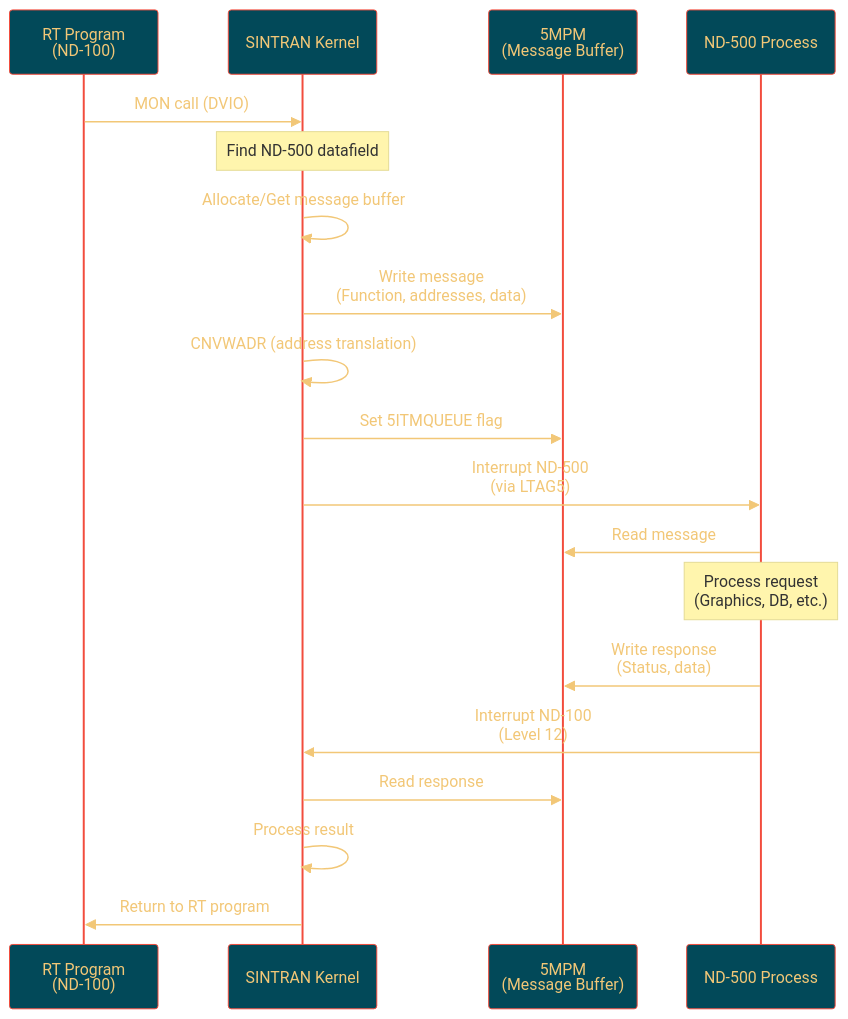
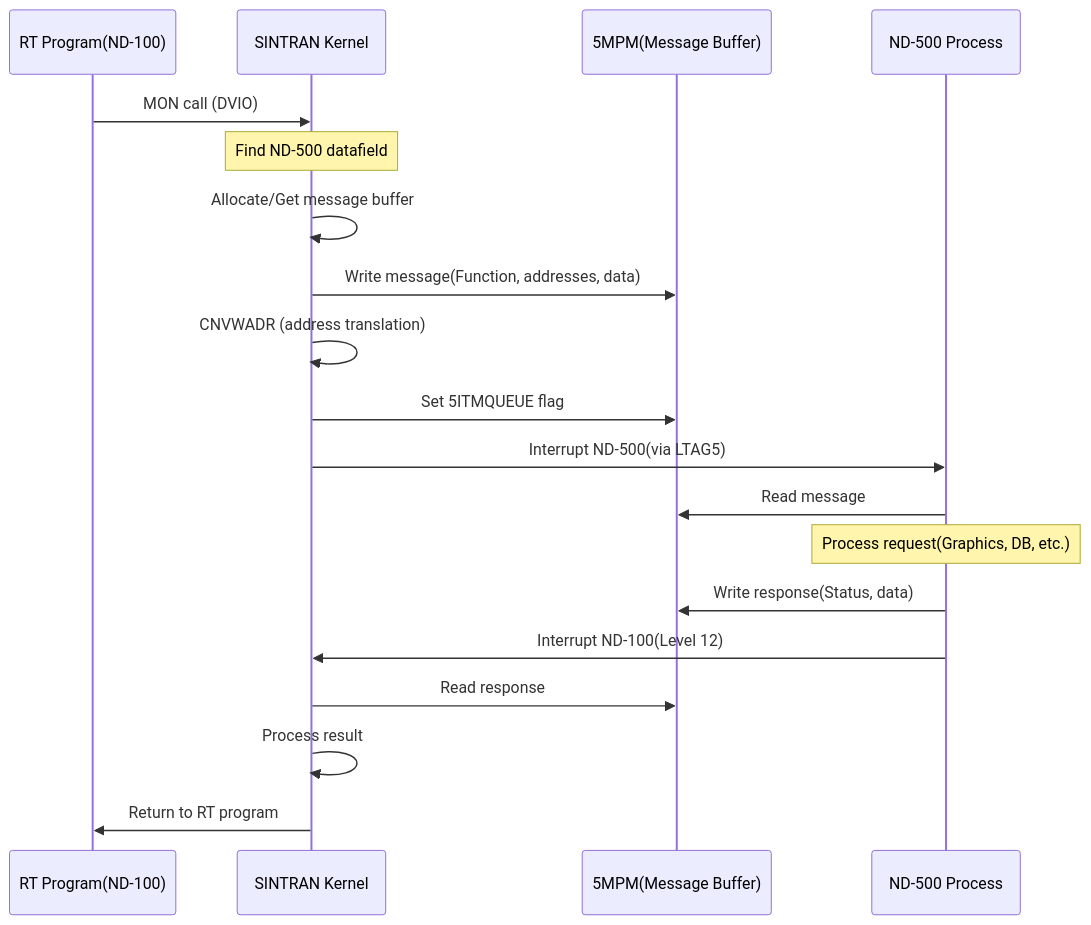
One commit to HackerCorpLabs/NDInsight changed the third of 3 diagrams in SINTRAN/OS/05-ND500-PROGRAMS-SPECIAL.md. Above: the diagram before and after it, drawn with Mermaid. The commit also changed other lines of this file and 19 other files, not shown here.

Commit message:
Updated Mermaid diagrams

````diff
--- a/SINTRAN/OS/05-ND500-PROGRAMS-SPECIAL.md
+++ b/SINTRAN/OS/05-ND500-PROGRAMS-SPECIAL.md
@@ -389,25 +387,24 @@
 ```mermaid
-%%{init: {'theme':'base', 'themeVariables': {'primaryColor':'#024959','primaryTextColor':'#F2C777','primaryBorderColor':'#F24C3D','lineColor':'#F24C3D','secondaryColor':'#A62F03','tertiaryColor':'#F2E8C6'}}}%%
 sequenceDiagram
-    participant RT as RT Program<br/>(ND-100)
+    participant RT as RT Program(ND-100)
     participant Kernel as SINTRAN Kernel
-    participant MPM as 5MPM<br/>(Message Buffer)
+    participant MPM as 5MPM(Message Buffer)
     participant Proc as ND-500 Process
     
     RT->>Kernel: MON call (DVIO)
     Note over Kernel: Find ND-500 datafield
     Kernel->>Kernel: Allocate/Get message buffer
-    Kernel->>MPM: Write message<br/>(Function, addresses, data)
+    Kernel->>MPM: Write message(Function, addresses, data)
     Kernel->>Kernel: CNVWADR (address translation)
     Kernel->>MPM: Set 5ITMQUEUE flag
-    Kernel->>Proc: Interrupt ND-500<br/>(via LTAG5)
+    Kernel->>Proc: Interrupt ND-500(via LTAG5)
     
     Proc->>MPM: Read message
-    Note over Proc: Process request<br/>(Graphics, DB, etc.)
-    Proc->>MPM: Write response<br/>(Status, data)
-    Proc->>Kernel: Interrupt ND-100<br/>(Level 12)
+    Note over Proc: Process request(Graphics, DB, etc.)
+    Proc->>MPM: Write response(Status, data)
+    Proc->>Kernel: Interrupt ND-100(Level 12)
     
     Kernel->>MPM: Read response
     Kernel->>Kernel: Process result
     Kernel->>RT: Return to RT program
 ```
````
